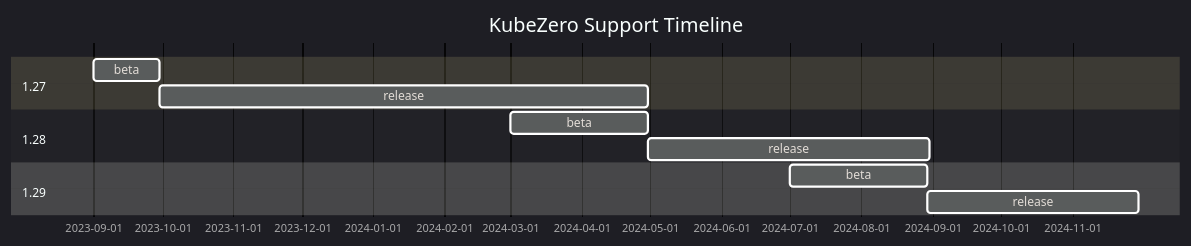
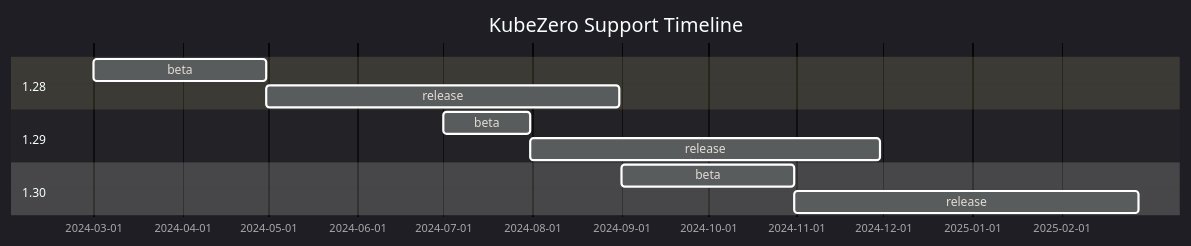
One commit to Zero-Down-Time/kubezero changed the diagram in README.md. Above: the diagram before and after it, drawn with Mermaid.

Commit message:
doc: update support timelines

````diff
--- a/README.md
+++ b/README.md
@@ -26,15 +26,15 @@
 ```mermaid
 %%{init: {'theme':'dark'}}%%
 gantt
     title KubeZero Support Timeline
     dateFormat  YYYY-MM-DD
-    section 1.27
-    beta     :127b, 2023-09-01, 2023-09-30
-    release  :after 127b, 2024-04-30
     section 1.28
     beta     :128b, 2024-03-01, 2024-04-30
     release  :after 128b, 2024-08-31
     section 1.29
-    beta     :129b, 2024-07-01, 2024-08-30
+    beta     :129b, 2024-07-01, 2024-07-31
     release  :after 129b, 2024-11-30
+    section 1.30
+    beta     :130b, 2024-09-01, 2024-10-31
+    release  :after 130b, 2025-02-28
 ```
````
